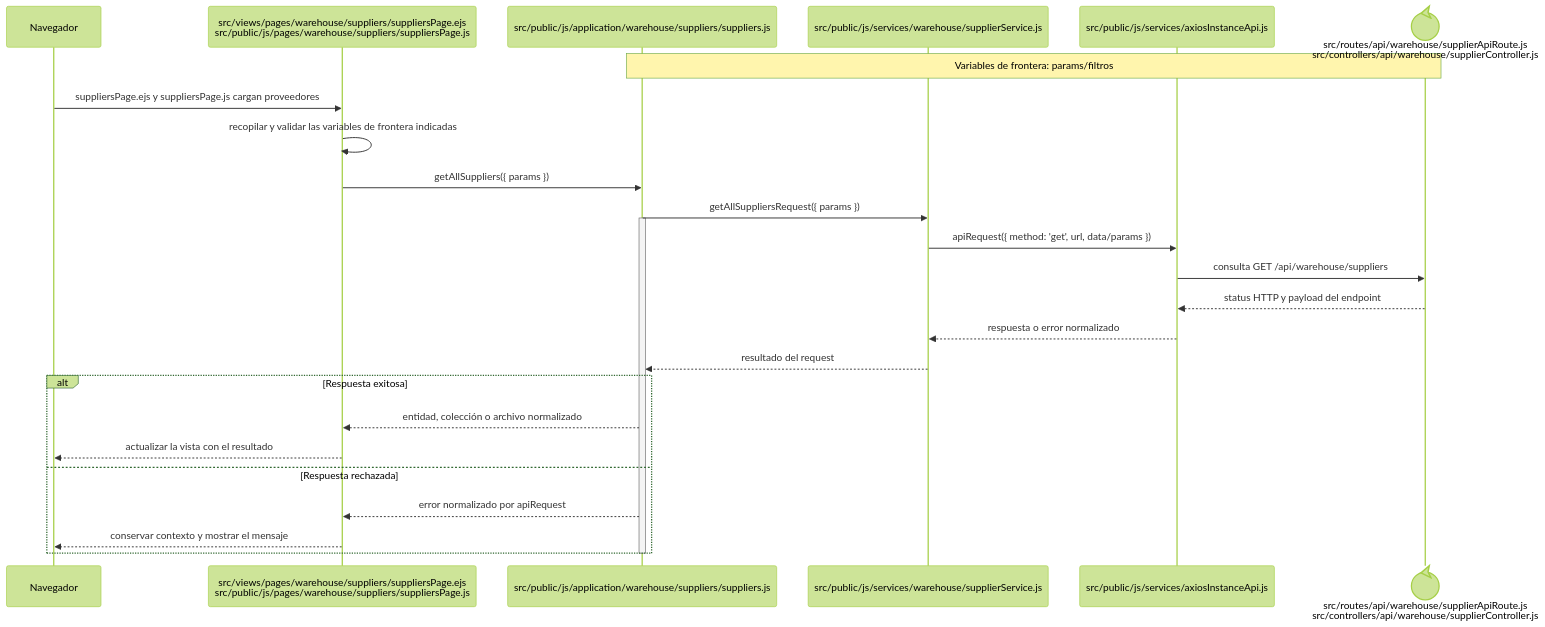
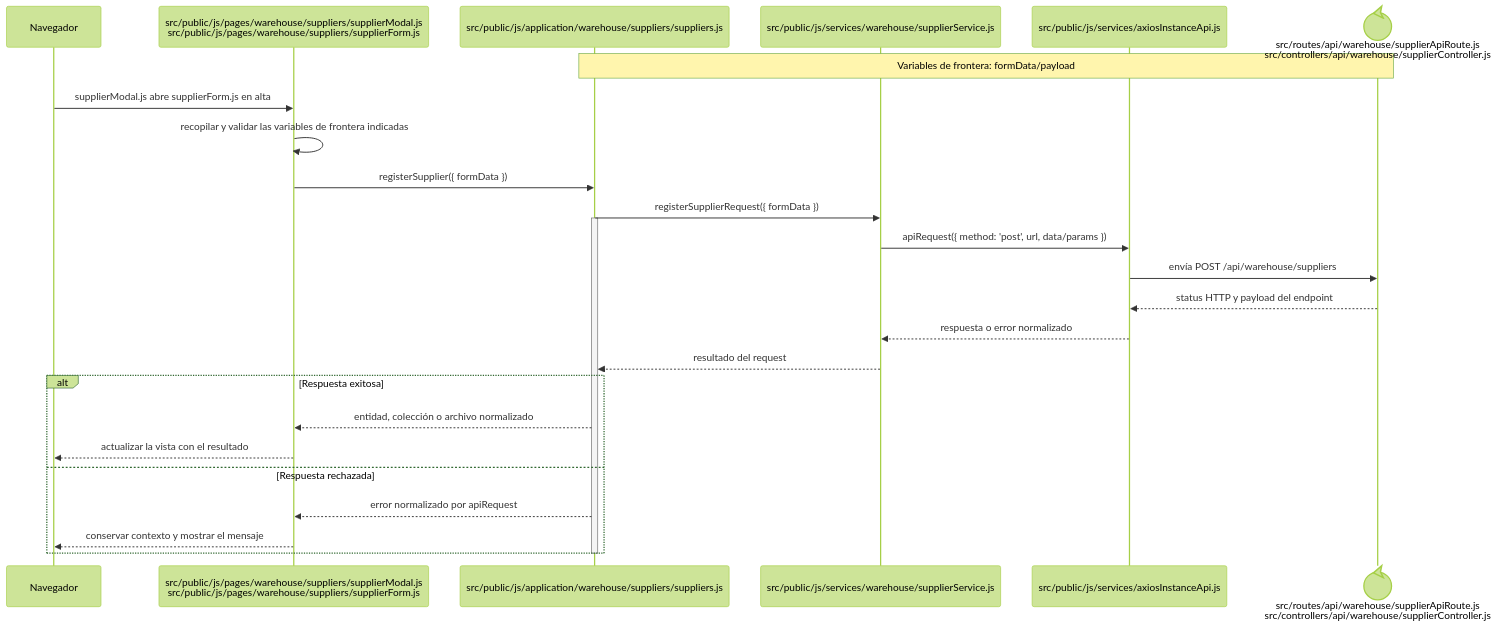
One commit to gpgsistemas01/nexus changed the diagram in docs/architecture/frontend-code-sequences/catalogs/cu-cat-10.md. Above: the diagram before and after it, drawn with Mermaid (forest theme). The commit also changed other lines of this file and 207 other files, not shown here.

````diff
--- a/docs/architecture/frontend-code-sequences/catalogs/cu-cat-10.md
+++ b/docs/architecture/frontend-code-sequences/catalogs/cu-cat-10.md
@@ -6,29 +6,29 @@
 ```mermaid
 sequenceDiagram
     participant Browser as Navegador
-    participant View as src/views/pages/warehouse/suppliers/suppliersPage.ejs<br/>src/public/js/pages/warehouse/suppliers/suppliersPage.js
+    participant View as src/public/js/pages/warehouse/suppliers/supplierModal.js<br/>src/public/js/pages/warehouse/suppliers/supplierForm.js
     participant Application as src/public/js/application/warehouse/suppliers/suppliers.js
     participant Request as src/public/js/services/warehouse/supplierService.js
     participant HTTP as src/public/js/services/axiosInstanceApi.js
     participant Transport@{ "type": "control" } as src/routes/api/warehouse/supplierApiRoute.js<br/>src/controllers/api/warehouse/supplierController.js
-    Note over Application,Transport: Variables de frontera: params/filtros
+    Note over Application,Transport: Variables de frontera: formData/payload
 
-    Browser->>View: suppliersPage.ejs y suppliersPage.js cargan proveedores
+    Browser->>View: supplierModal.js abre supplierForm.js en alta
     View->>View: recopilar y validar las variables de frontera indicadas
-    View->>Application: getAllSuppliers({ params })
-    Application->>Request: getAllSuppliersRequest({ params })
+    View->>Application: registerSupplier({ formData })
+    Application->>Request: registerSupplierRequest({ formData })
     activate Application
-    Request->>HTTP: apiRequest({ method: 'get', url, data/params })
-    HTTP->>Transport: consulta GET /api/warehouse/suppliers
+    Request->>HTTP: apiRequest({ method: 'post', url, data/params })
+    HTTP->>Transport: envía POST /api/warehouse/suppliers
     Transport-->>HTTP: status HTTP y payload del endpoint
     HTTP-->>Request: respuesta o error normalizado
     Request-->>Application: resultado del request
     alt Respuesta exitosa
         Application-->>View: entidad, colección o archivo normalizado
         View-->>Browser: actualizar la vista con el resultado
     else Respuesta rechazada
         Application-->>View: error normalizado por apiRequest
         View-->>Browser: conservar contexto y mostrar el mensaje
     end
     deactivate Application
 ```
````
